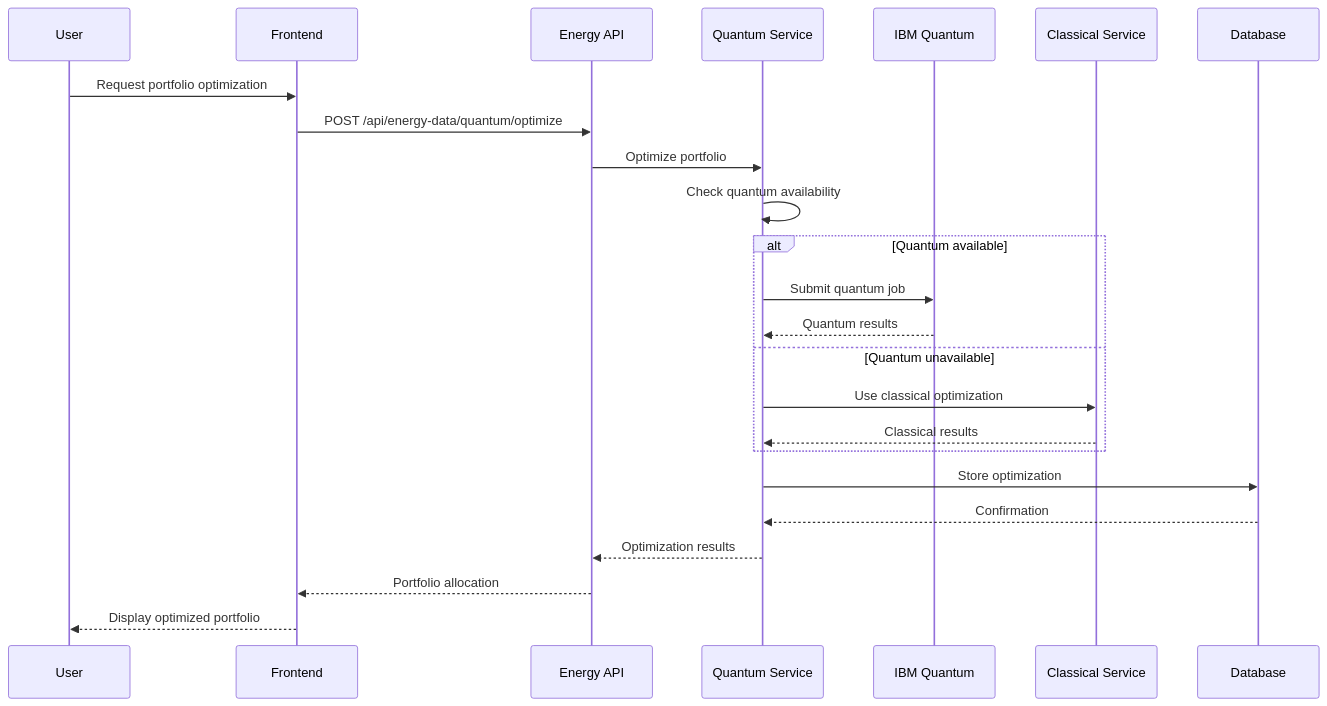
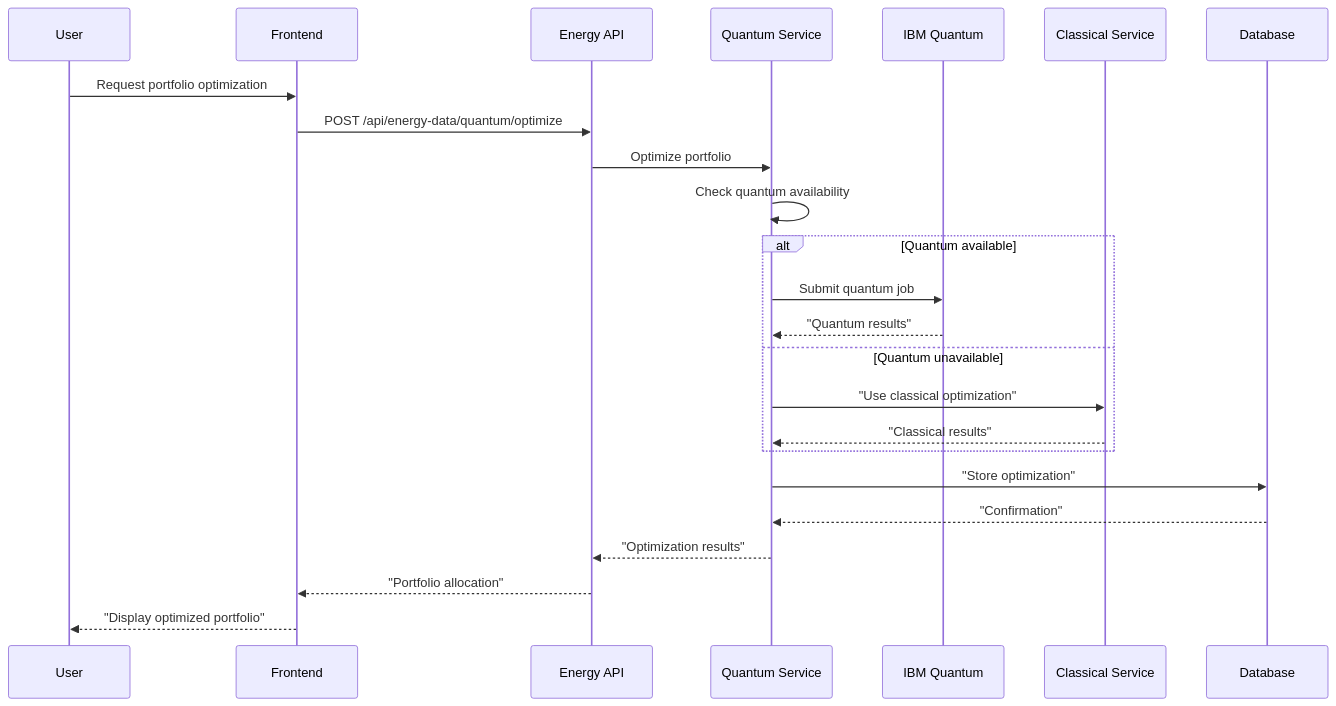
The sixth of 8 diagrams in docs/architecture/sequence-diagrams.md (akramahmed1/QuantaEnergi), drawn with Mermaid before and after one commit. The commit also changed other lines of this file and 6 other files, not shown here.

Commit message:
mermaid fixes compatibility

````diff
--- a/docs/architecture/sequence-diagrams.md
+++ b/docs/architecture/sequence-diagrams.md
@@ -148,27 +148,27 @@
 ```mermaid
 sequenceDiagram
     participant U as User
     participant F as Frontend
     participant API as Energy API
     participant QS as Quantum Service
     participant IBMQ as IBM Quantum
     participant CS as Classical Service
     participant DB as Database
 
     U->>F: Request portfolio optimization
     F->>API: POST /api/energy-data/quantum/optimize
     API->>QS: Optimize portfolio
     QS->>QS: Check quantum availability
     alt Quantum available
         QS->>IBMQ: Submit quantum job
-        IBMQ-->>QS: Quantum results
+        IBMQ-->>QS: "Quantum results"
     else Quantum unavailable
-        QS->>CS: Use classical optimization
-        CS-->>QS: Classical results
+        QS->>CS: "Use classical optimization"
+        CS-->>QS: "Classical results"
     end
-    QS->>DB: Store optimization
-    DB-->>QS: Confirmation
-    QS-->>API: Optimization results
-    API-->>F: Portfolio allocation
-    F-->>U: Display optimized portfolio
+    QS->>DB: "Store optimization"
+    DB-->>QS: "Confirmation"
+    QS-->>API: "Optimization results"
+    API-->>F: "Portfolio allocation"
+    F-->>U: "Display optimized portfolio"
 ```
````
